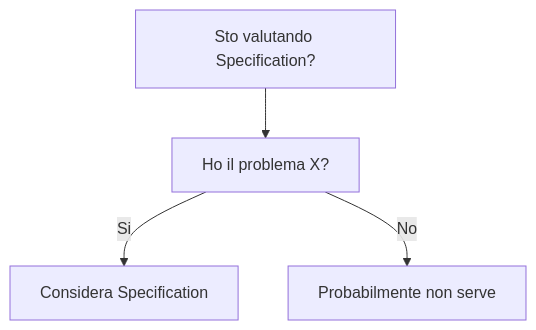
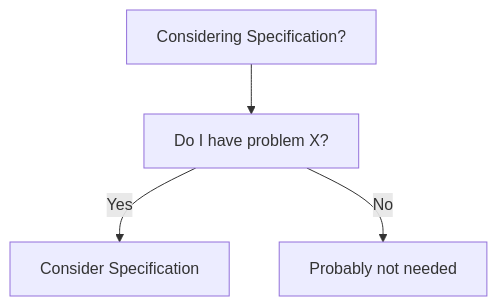
The diagram in dev-wiki/03_Design_Patterns/Behavioral/Specification/When_To_Use.md (HxT9/Software-Dev-Wiki), drawn with Mermaid before and after one commit. The commit also changed other lines of this file and 3444 other files, not shown here.

````diff
--- a/dev-wiki/03_Design_Patterns/Behavioral/Specification/When_To_Use.md
+++ b/dev-wiki/03_Design_Patterns/Behavioral/Specification/When_To_Use.md
@@ -19,6 +19,6 @@
 ```mermaid
 flowchart TD
-  Q[Sto valutando Specification?] --> Q1[Ho il problema X?]
-  Q1 -->|Si| OK[Considera Specification]
-  Q1 -->|No| NO[Probabilmente non serve]
+  Q[Considering Specification?] --> Q1[Do I have problem X?]
+  Q1 -->|Yes| OK[Consider Specification]
+  Q1 -->|No| NO[Probably not needed]
 ```
````
